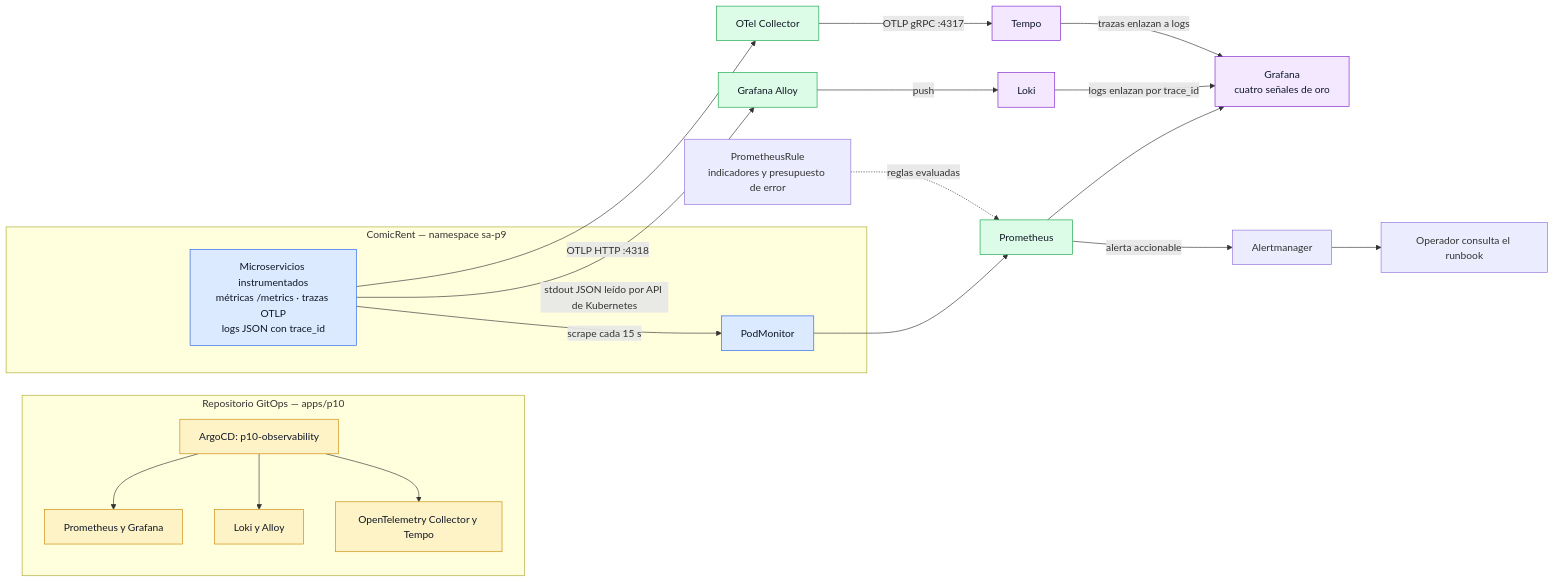
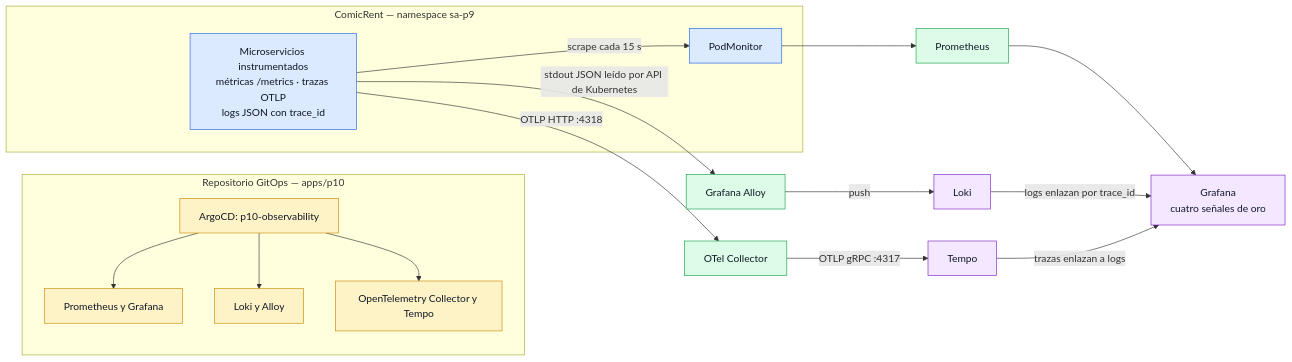
The diagram in P10/diagrams/telemetry-flow.mmd (DavidVelasquez77/Practicas-SA-B-202307705), drawn with Mermaid before and after one commit.

Commit message:
docs: align telemetry flow with deployed stack

```diff
--- a/P10/diagrams/telemetry-flow.mmd
+++ b/P10/diagrams/telemetry-flow.mmd
@@ -1,43 +1,37 @@
 flowchart LR
   subgraph GitOps[Repositorio GitOps — apps/p10]
     RootApp[ArgoCD: p10-observability]
     PromApp[Prometheus y Grafana]
     LogsApp[Loki y Alloy]
     TraceApp[OpenTelemetry Collector y Tempo]
     RootApp --> PromApp
     RootApp --> LogsApp
     RootApp --> TraceApp
   end
 
   subgraph Workloads[ComicRent — namespace sa-p9]
     Services[Microservicios instrumentados<br/>métricas /metrics · trazas OTLP<br/>logs JSON con trace_id]
     Monitor[PodMonitor]
   end
 
   Prometheus[Prometheus]
   Grafana[Grafana<br/>cuatro señales de oro]
   Alloy[Grafana Alloy]
   Loki[Loki]
   Collector[OTel Collector]
   Tempo[Tempo]
-  SLO[PrometheusRule<br/>indicadores y presupuesto de error]
-  Alertmanager[Alertmanager]
-  Runbook[Operador consulta el runbook]
-
   Services -->|scrape cada 15 s| Monitor --> Prometheus
   Services -->|OTLP HTTP :4318| Collector -->|OTLP gRPC :4317| Tempo
   Services -->|stdout JSON leído por API de Kubernetes| Alloy -->|push| Loki
   Prometheus --> Grafana
-  SLO -. reglas evaluadas .-> Prometheus
-  Prometheus -->|alerta accionable| Alertmanager --> Runbook
   Loki -->|logs enlazan por trace_id| Grafana
   Tempo -->|trazas enlazan a logs| Grafana
 
   classDef app fill:#dbeafe,stroke:#2563eb,color:#111827;
   classDef telemetry fill:#dcfce7,stroke:#16a34a,color:#111827;
   classDef store fill:#f3e8ff,stroke:#7e22ce,color:#111827;
   classDef gitops fill:#fef3c7,stroke:#ca8a04,color:#111827;
   class Services,Monitor app;
   class Collector,Alloy,Prometheus telemetry;
   class Tempo,Loki,Grafana store;
   class RootApp,PromApp,LogsApp,TraceApp gitops;
```
